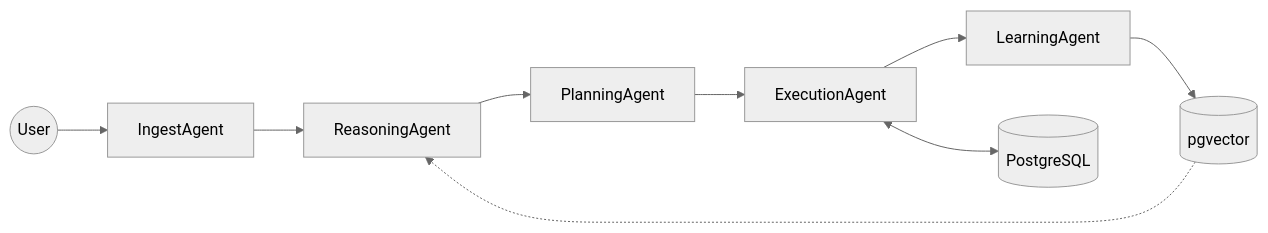
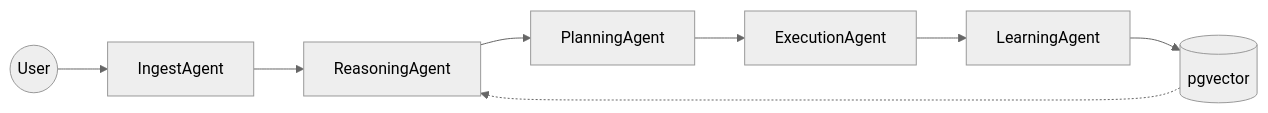
One commit to phunhph/agentic_ai_v2 changed the diagram in README.md. Above: the diagram before and after it, drawn with Mermaid (neutral theme). The commit also changed other lines of this file and 5 other files, not shown here.

````diff
--- a/README.md
+++ b/README.md
@@ -6,11 +21,10 @@
 ```mermaid
 graph LR
     User((User)) --> IA[IngestAgent]
     IA --> RA[ReasoningAgent]
     RA --> PA[PlanningAgent]
     PA --> EA[ExecutionAgent]
     EA --> LA[LearningAgent]
     LA --> Memory[(pgvector)]
     Memory -.-> RA
-    EA <--> DB[(PostgreSQL)]
 ```
````
